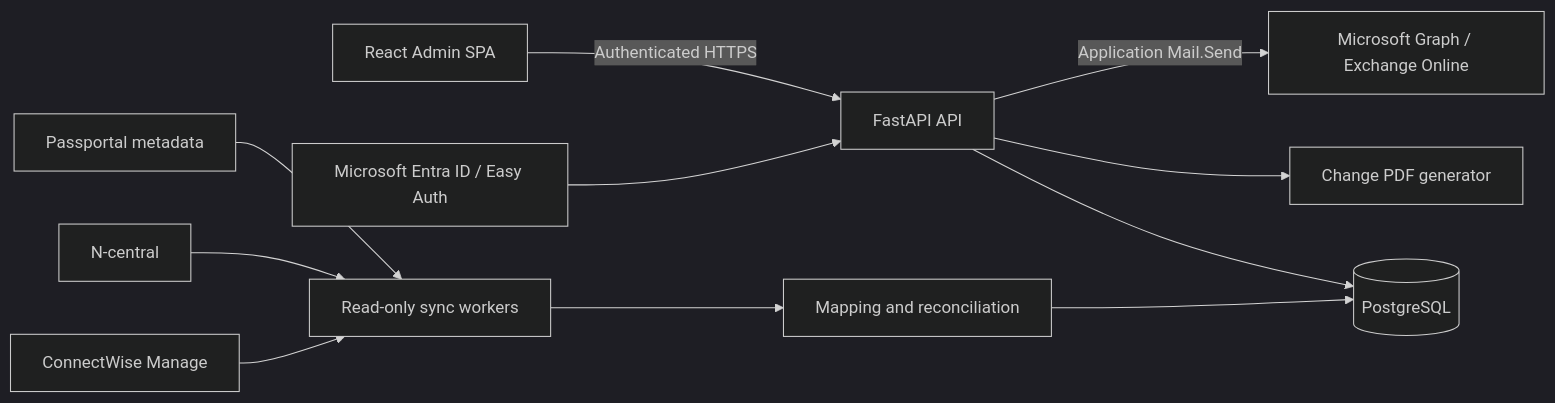
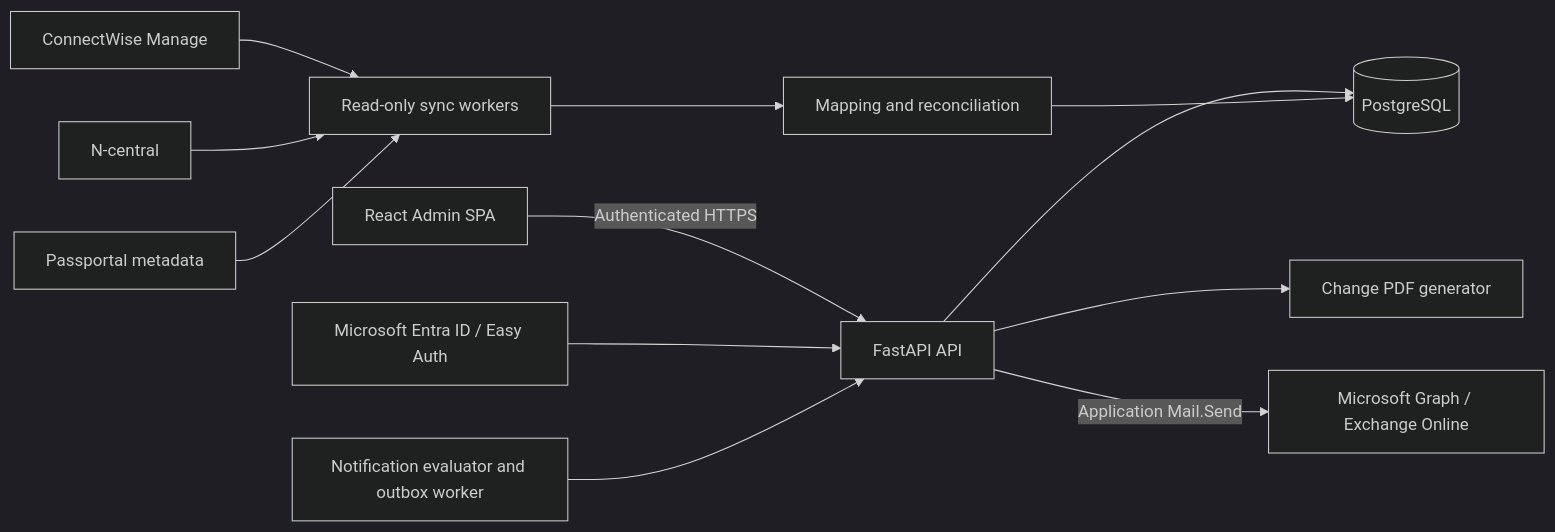
Before and after one commit to IPT-Holdings-PTY-Ltd/ipt-cmdb: the diagram in README.md, drawn with Mermaid (dark theme). The commit also changed other lines of this file and 32 other files, not shown here.

````diff
--- a/README.md
+++ b/README.md
@@ -124,13 +124,14 @@
 ```mermaid
 flowchart LR
     SPA[React Admin SPA] -->|Authenticated HTTPS| API[FastAPI API]
     API --> PG[(PostgreSQL)]
     API --> PDF[Change PDF generator]
     ENTRA[Microsoft Entra ID / Easy Auth] --> API
     CW[ConnectWise Manage] --> WORKERS[Read-only sync workers]
     NC[N-central] --> WORKERS
     PP[Passportal metadata] --> WORKERS
     API -->|Application Mail.Send| GRAPH[Microsoft Graph / Exchange Online]
+    NOTIFY[Notification evaluator and outbox worker] --> API
     WORKERS --> MAP[Mapping and reconciliation]
     MAP --> PG
 ```
````
